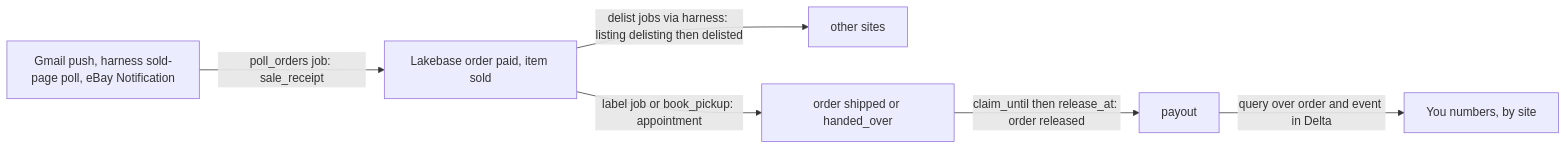
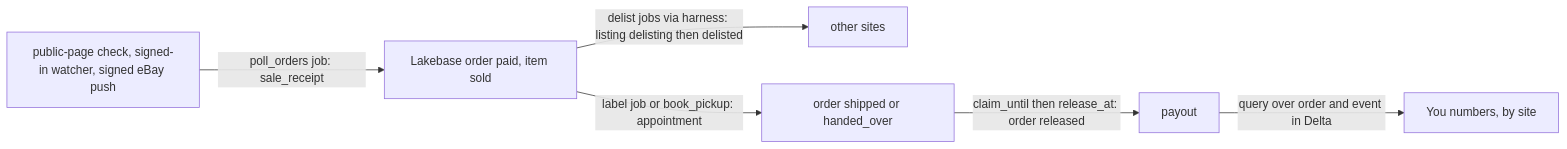
One commit to benverhaalen/secondhand changed the seventh of 13 diagrams in spec/product.md. Above: the diagram before and after it, drawn with Mermaid. The commit also changed other lines of this file and 24 other files, not shown here.

````diff
--- a/spec/product.md
+++ b/spec/product.md
@@ -826,8 +825,8 @@
 ```mermaid
 flowchart LR
-  G["Gmail push, harness sold-page poll, eBay Notification"] -->|"poll_orders job: sale_receipt"| O["Lakebase order paid, item sold"]
+  G["public-page check, signed-in watcher, signed eBay push"] -->|"poll_orders job: sale_receipt"| O["Lakebase order paid, item sold"]
   O -->|"delist jobs via harness: listing delisting then delisted"| X["other sites"]
   O -->|"label job or book_pickup: appointment"| H["order shipped or handed_over"]
   H -->|"claim_until then release_at: order released"| P["payout"]
   P -->|"query over order and event in Delta"| Y["You numbers, by site"]
 ```
````
